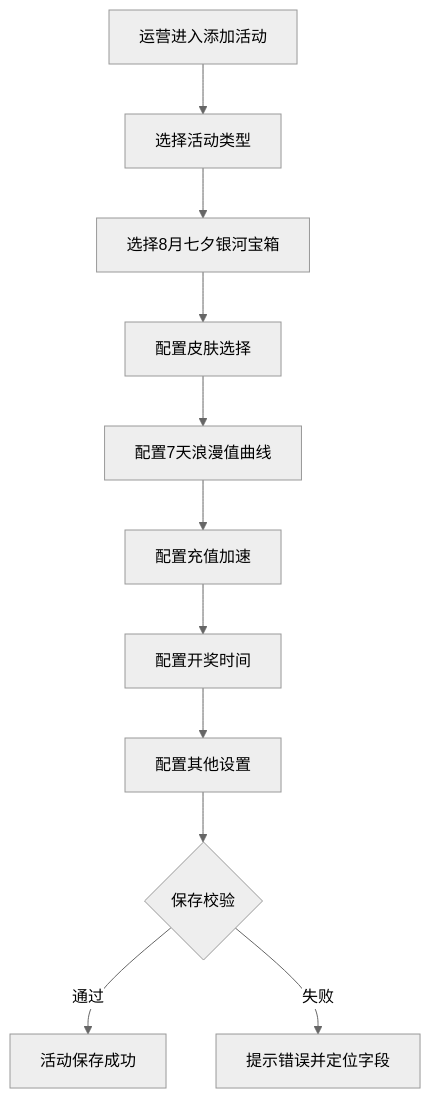
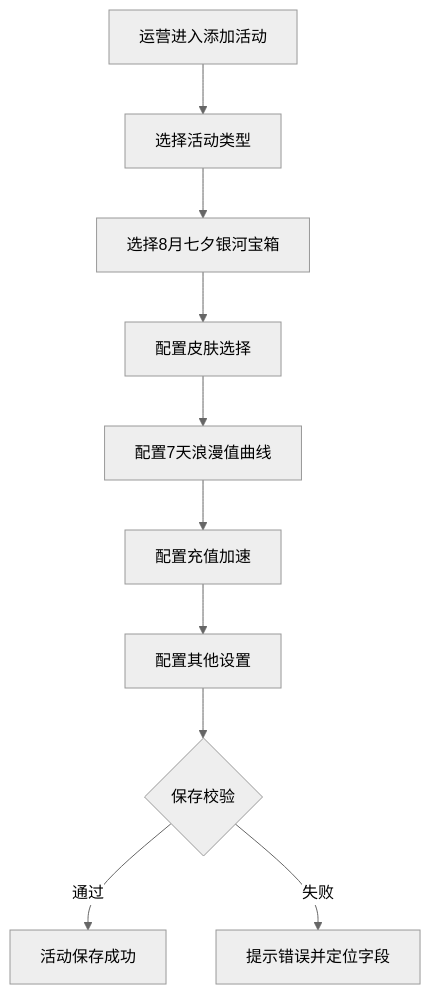
The first of 5 diagrams in PRD_qixi_galaxy_box_activity_2026-07-31.md (bala-luoluo/M3), drawn with Mermaid (neutral theme) before and after one commit. The commit also changed other lines of this file and 1 other file, not shown here.

````diff
--- a/PRD_qixi_galaxy_box_activity_2026-07-31.md
+++ b/PRD_qixi_galaxy_box_activity_2026-07-31.md
@@ -169,13 +159,12 @@
 ```mermaid
 flowchart TD
     A[运营进入添加活动] --> B[选择活动类型]
     B --> C[选择8月七夕银河宝箱]
     C --> D[配置皮肤选择]
     D --> E[配置7天浪漫值曲线]
     E --> F[配置充值加速]
-    F --> G[配置开奖时间]
-    G --> H[配置其他设置]
+    F --> H[配置其他设置]
     H --> J{保存校验}
     J -->|通过| K[活动保存成功]
     J -->|失败| L[提示错误并定位字段]
 ```
````
